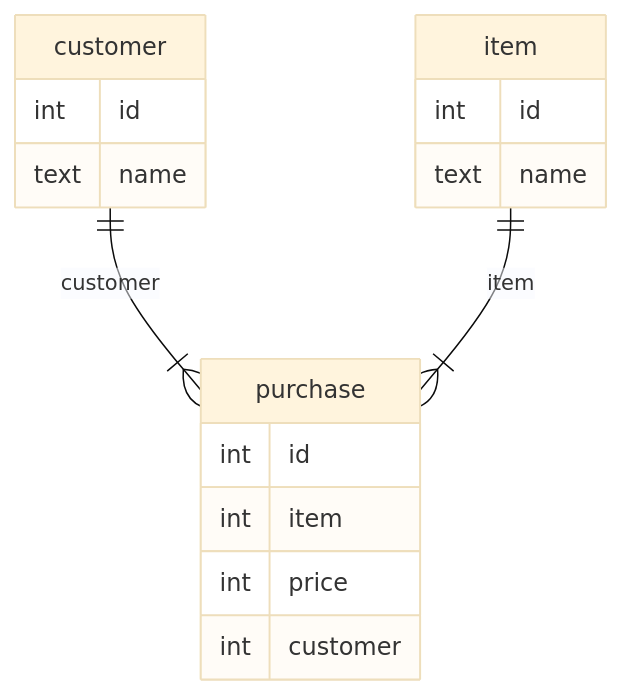
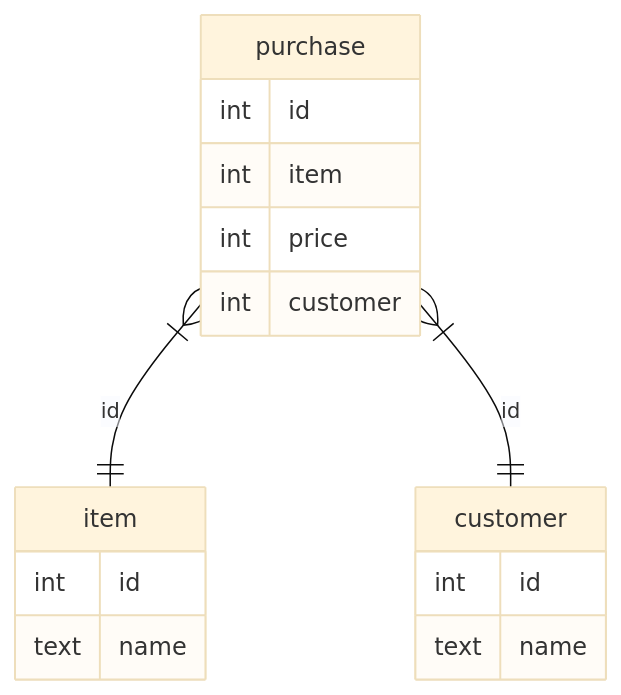
Before and after one commit to Ahzed11/Flakes: the diagram in README.md, drawn with Mermaid (base theme). The commit also changed other lines of this file and 3 other files, not shown here.

````diff
--- a/README.md
+++ b/README.md
@@ -26,23 +26,22 @@
 ```mermaid
 erDiagram
 
+purchase }|--|| item:"id"
+purchase }|--|| customer:"id"
 purchase {
         int id
         int item
         int price
         int customer
 }
 
-customer ||--|{ purchase:customer
 customer {
         int id
         text name
 }
 
-item ||--|{ purchase:item
 item {
         int id
         text name
 }
-
 ```
````
